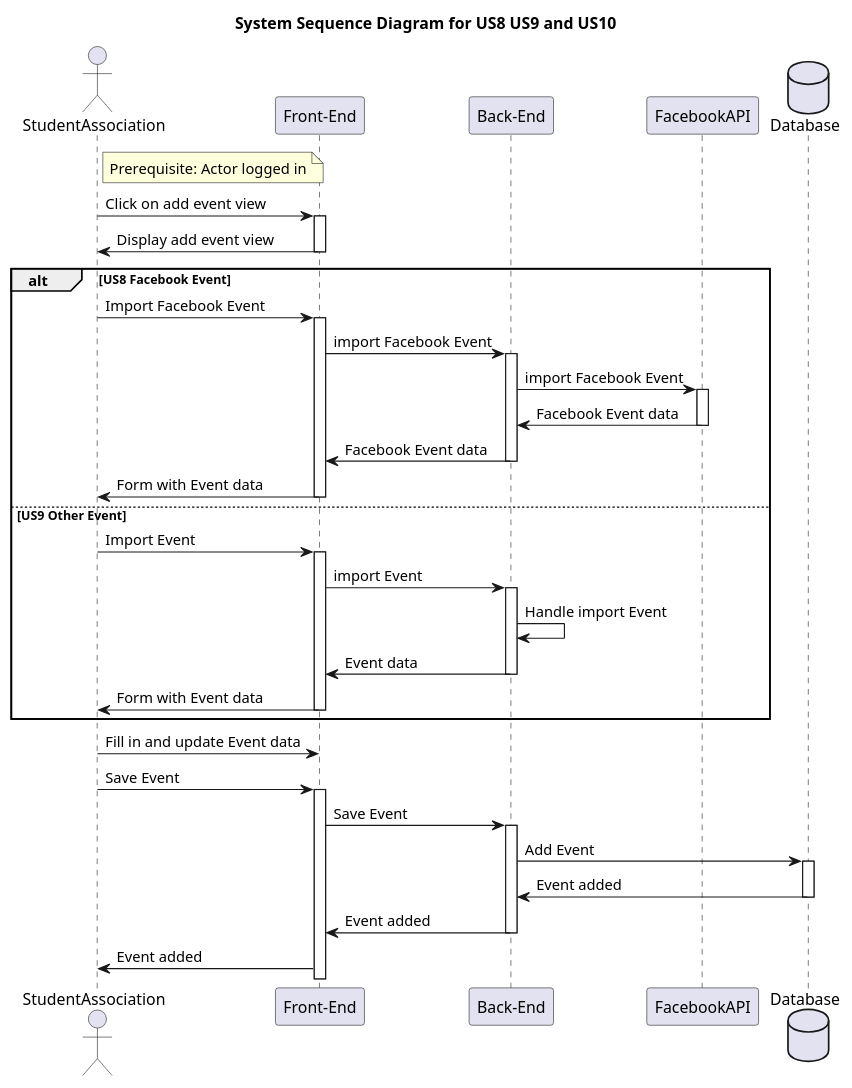
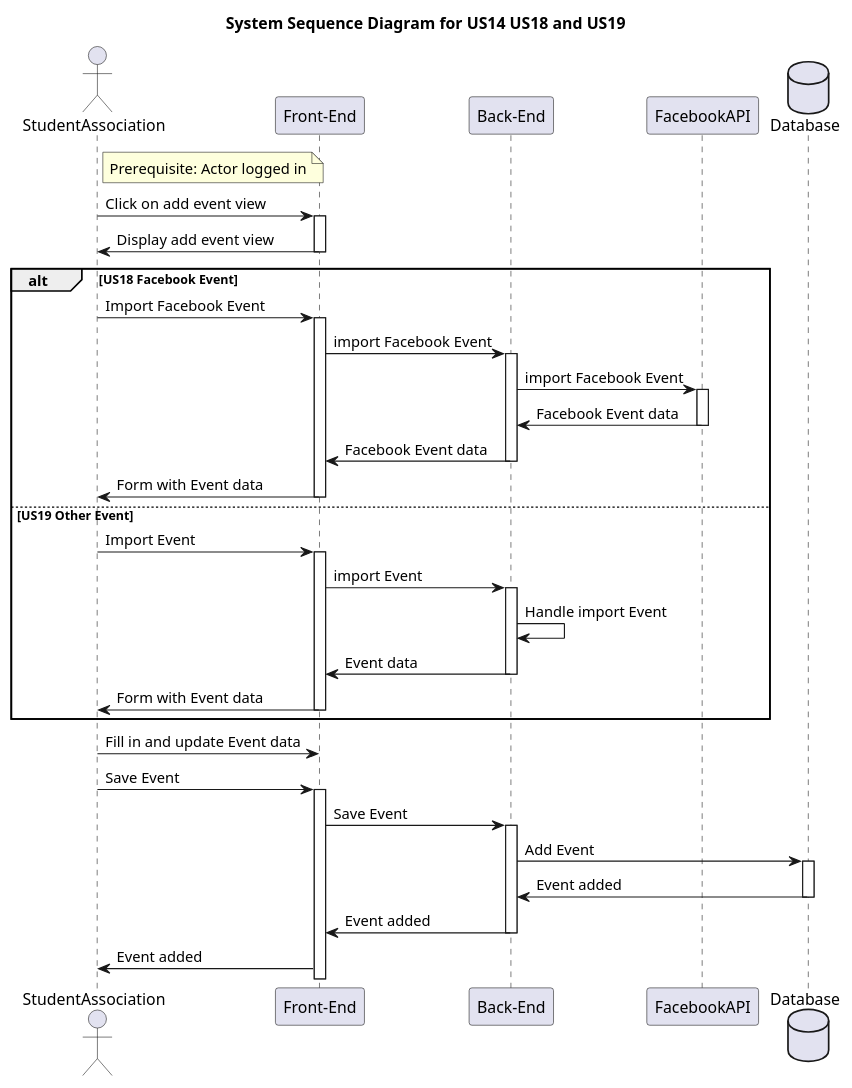
One commit to oscarboe/Studieforeningskalender_Front_end changed the diagram in SystemSekvensUS8US9US10.puml. Above: the diagram before and after it, drawn with PlantUML. The commit also changed 70 other files, not shown here.

```diff
--- a/SystemSekvensUS8US9US10.puml
+++ b/SystemSekvensUS8US9US10.puml
@@ -1,54 +1,54 @@
 @startuml "US8 US9 US10 System"
-title System Sequence Diagram for US8 US9 and US10
+title System Sequence Diagram for US14 US18 and US19
 
 actor StudentAssociation as User
 participant "Front-End" as FrontEnd 
 participant "Back-End"  as BackEnd
 participant FacebookAPI
 database Database
 
 note right of User: Prerequisite: Actor logged in 
 User -> FrontEnd: Click on add event view
 
 activate FrontEnd
 FrontEnd -> User : Display add event view
 
 deactivate FrontEnd
-alt US8 Facebook Event
+alt US18 Facebook Event
     User -> FrontEnd: Import Facebook Event
     activate FrontEnd
     FrontEnd -> BackEnd: import Facebook Event
     activate BackEnd
     BackEnd -> FacebookAPI: import Facebook Event
     activate FacebookAPI
     FacebookAPI -> BackEnd: Facebook Event data
     deactivate FacebookAPI
     BackEnd -> FrontEnd: Facebook Event data
     deactivate BackEnd
     FrontEnd -> User: Form with Event data
     deactivate FrontEnd
-else US9 Other Event
+else US19 Other Event
 
     User -> FrontEnd: Import Event
     activate FrontEnd
     FrontEnd -> BackEnd: import Event
     activate BackEnd
     BackEnd -> BackEnd : Handle import Event
     BackEnd -> FrontEnd: Event data
     deactivate BackEnd
     FrontEnd -> User: Form with Event data
     deactivate FrontEnd    
 end
 User -> FrontEnd: Fill in and update Event data
 User -> FrontEnd: Save Event
 activate FrontEnd
 FrontEnd -> BackEnd: Save Event
 activate BackEnd
 BackEnd -> Database: Add Event
 activate Database
 Database -> BackEnd: Event added
 deactivate Database
 BackEnd -> FrontEnd: Event added
 deactivate BackEnd
 FrontEnd -> User: Event added
 @enduml
```
